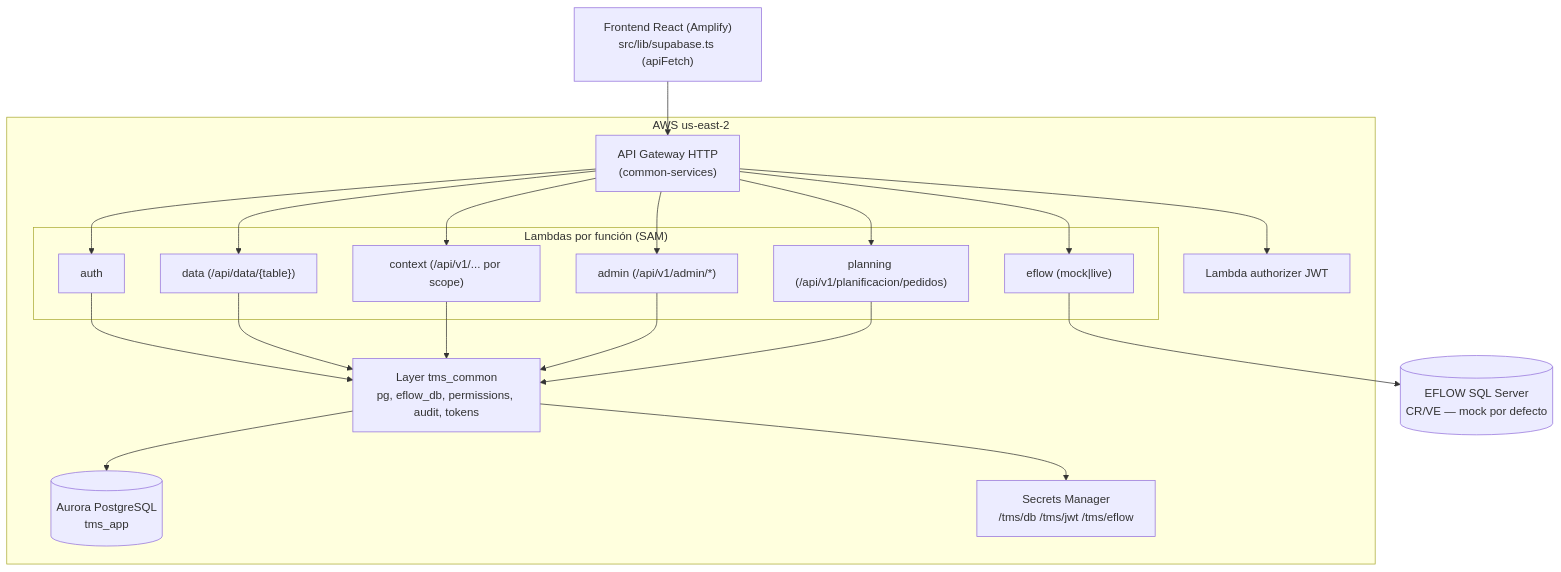
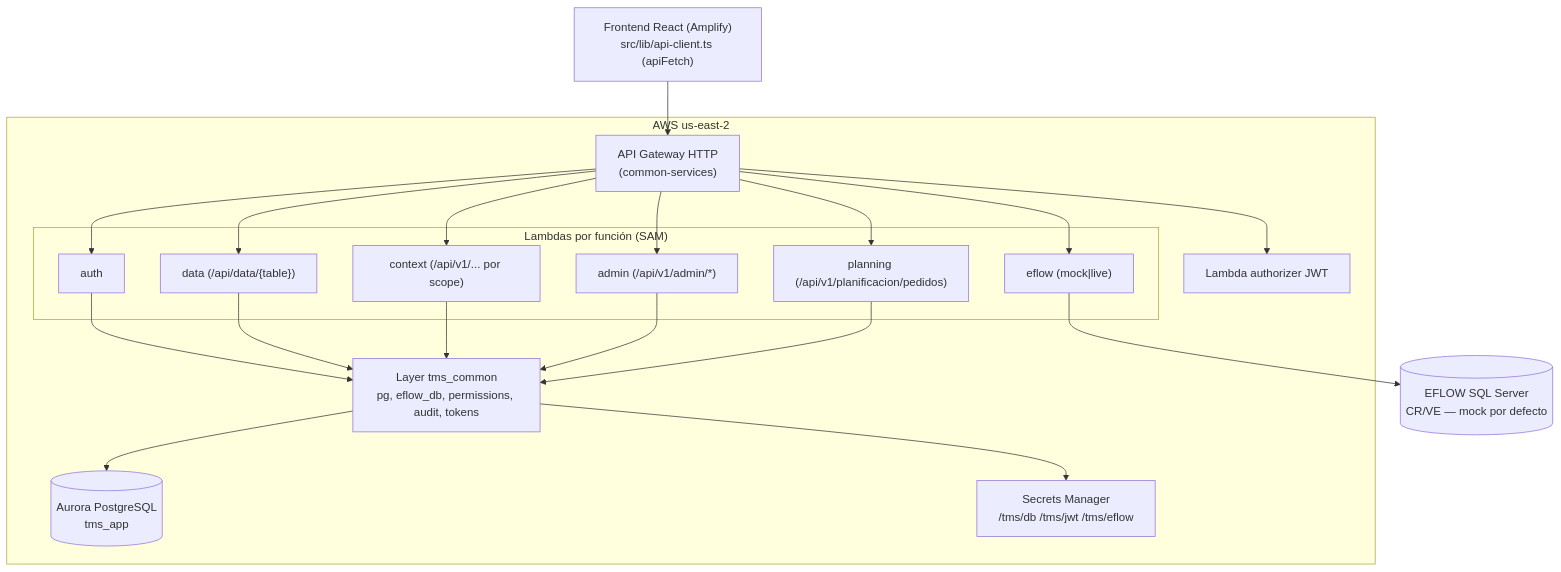
Before and after one commit to JeanCaOLO/sto_tms_olo: the diagram in aidlc/spaces/default/codekb/sto_tms_olo/architecture.md, drawn with Mermaid. The commit also changed other lines of this file and 109 other files, not shown here.

First line of the commit message:
Adaptar cambios locales a main (renombrado tbl_*) y api-client

````diff
--- a/aidlc/spaces/default/codekb/sto_tms_olo/architecture.md
+++ b/aidlc/spaces/default/codekb/sto_tms_olo/architecture.md
@@ -50,28 +50,28 @@
 ```mermaid
 flowchart TB
-  fe["Frontend React (Amplify)<br/>src/lib/supabase.ts (apiFetch)"]
+  fe["Frontend React (Amplify)<br/>src/lib/api-client.ts (apiFetch)"]
   subgraph aws["AWS us-east-2"]
     api["API Gateway HTTP<br/>(common-services)"]
     authz["Lambda authorizer JWT"]
     subgraph lambdas["Lambdas por función (SAM)"]
       auth["auth"]
       data["data (/api/data/{table})"]
       ctx["context (/api/v1/... por scope)"]
       eflow["eflow (mock|live)"]
       admin["admin (/api/v1/admin/*)"]
       plan["planning (/api/v1/planificacion/pedidos)"]
     end
     layer["Layer tms_common<br/>pg, eflow_db, permissions, audit, tokens"]
     aurora[("Aurora PostgreSQL<br/>tms_app")]
     sm["Secrets Manager<br/>/tms/db /tms/jwt /tms/eflow"]
   end
   eflowsrc[("EFLOW SQL Server<br/>CR/VE — mock por defecto")]
 
   fe --> api
   api --> authz
   api --> auth & data & ctx & eflow & admin & plan
   auth & data & ctx & admin & plan --> layer
   layer --> aurora
   layer --> sm
   eflow --> eflowsrc
 ```
````
